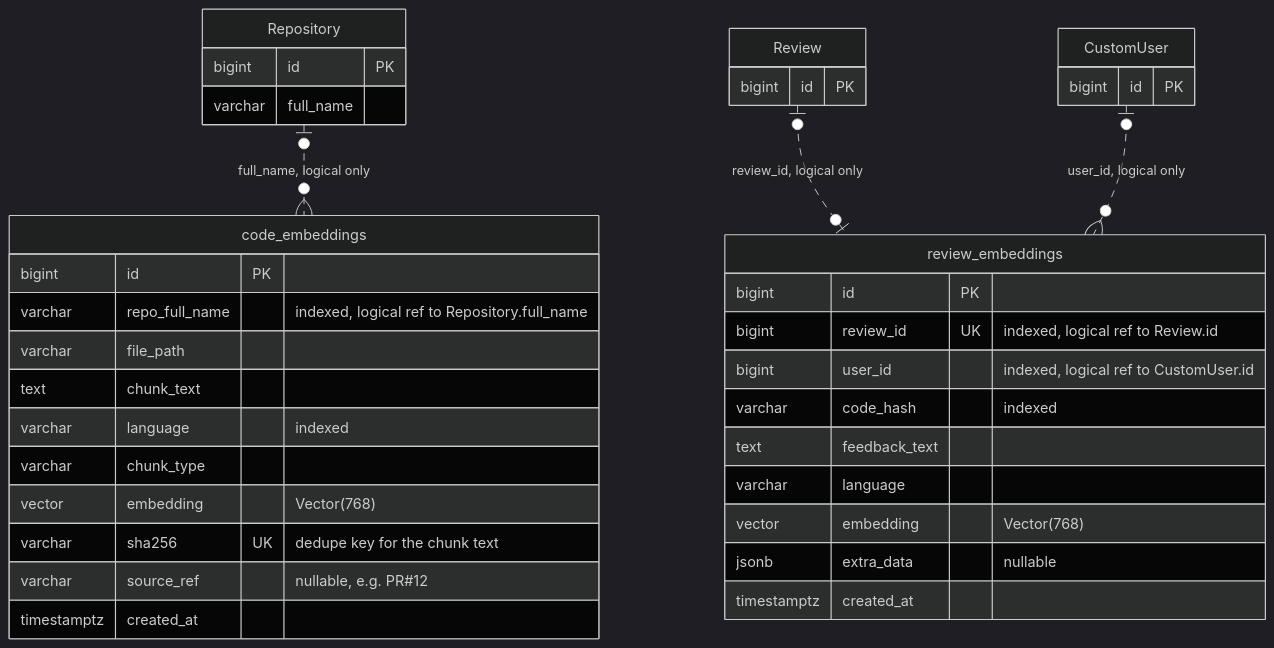
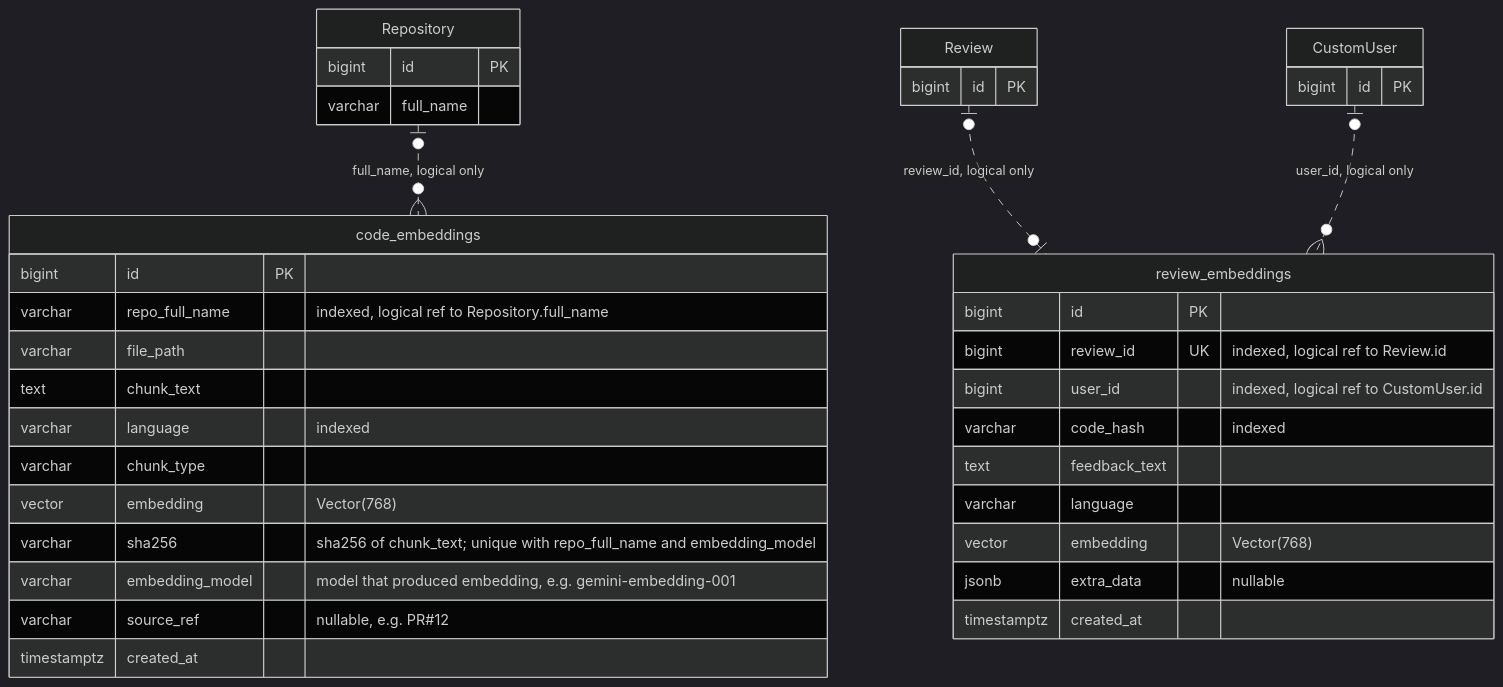
Before and after one commit to muhammedsiinanmp/Devmind: the eighth of 9 diagrams in docs/SYSTEM_ARCHITECTURE.md, drawn with Mermaid (dark theme). The commit also changed other lines of this file and 2 other files, not shown here.

Commit message:
Document embedding model tags, per-repo dedup and migration 0003

````diff
--- a/docs/SYSTEM_ARCHITECTURE.md
+++ b/docs/SYSTEM_ARCHITECTURE.md
@@ -551,40 +557,41 @@
 ```mermaid
 erDiagram
     code_embeddings {
         bigint id PK
         varchar repo_full_name "indexed, logical ref to Repository.full_name"
         varchar file_path
         text chunk_text
         varchar language "indexed"
         varchar chunk_type
         vector embedding "Vector(768)"
-        varchar sha256 UK "dedupe key for the chunk text"
+        varchar sha256 "sha256 of chunk_text; unique with repo_full_name and embedding_model"
+        varchar embedding_model "model that produced embedding, e.g. gemini-embedding-001"
         varchar source_ref "nullable, e.g. PR#12"
         timestamptz created_at
     }
     review_embeddings {
         bigint id PK
         bigint review_id UK "indexed, logical ref to Review.id"
         bigint user_id "indexed, logical ref to CustomUser.id"
         varchar code_hash "indexed"
         text feedback_text
         varchar language
         vector embedding "Vector(768)"
         jsonb extra_data "nullable"
         timestamptz created_at
     }
     Repository {
         bigint id PK
         varchar full_name
     }
     Review {
         bigint id PK
     }
     CustomUser {
         bigint id PK
     }
 
     Repository |o..o{ code_embeddings : "full_name, logical only"
     Review |o..o| review_embeddings : "review_id, logical only"
     CustomUser |o..o{ review_embeddings : "user_id, logical only"
 ```
````
